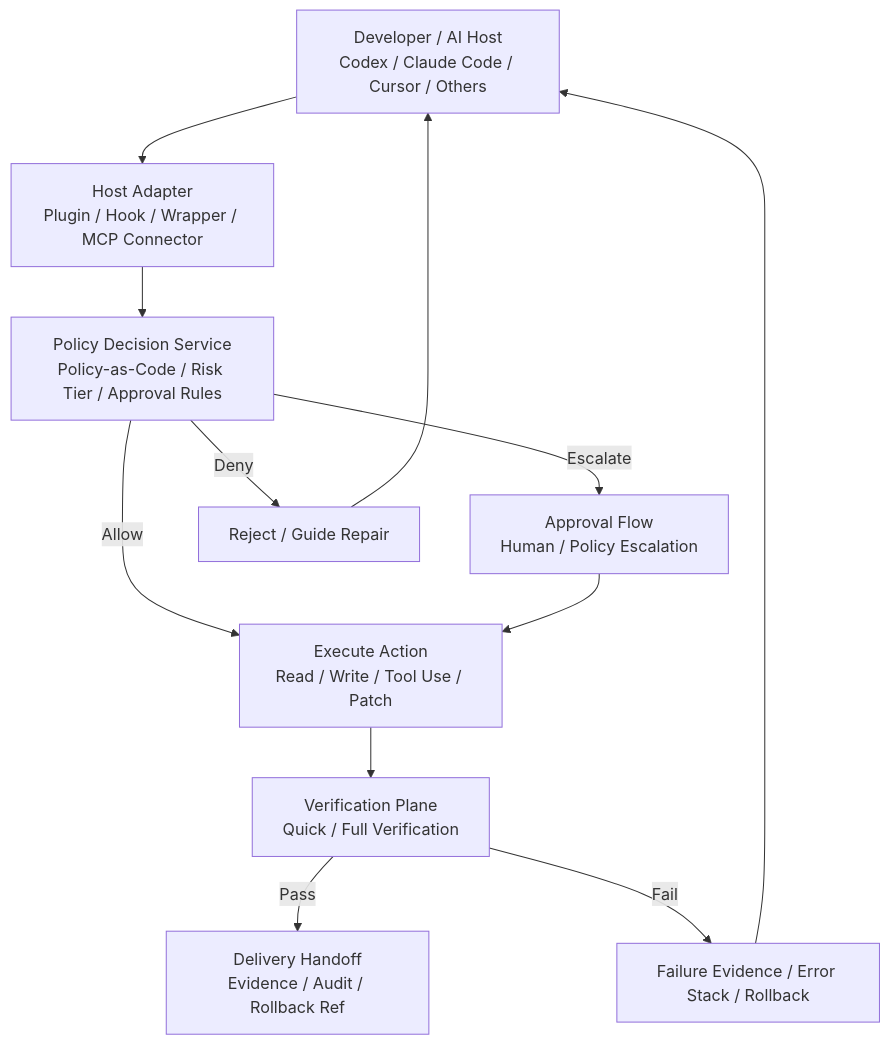
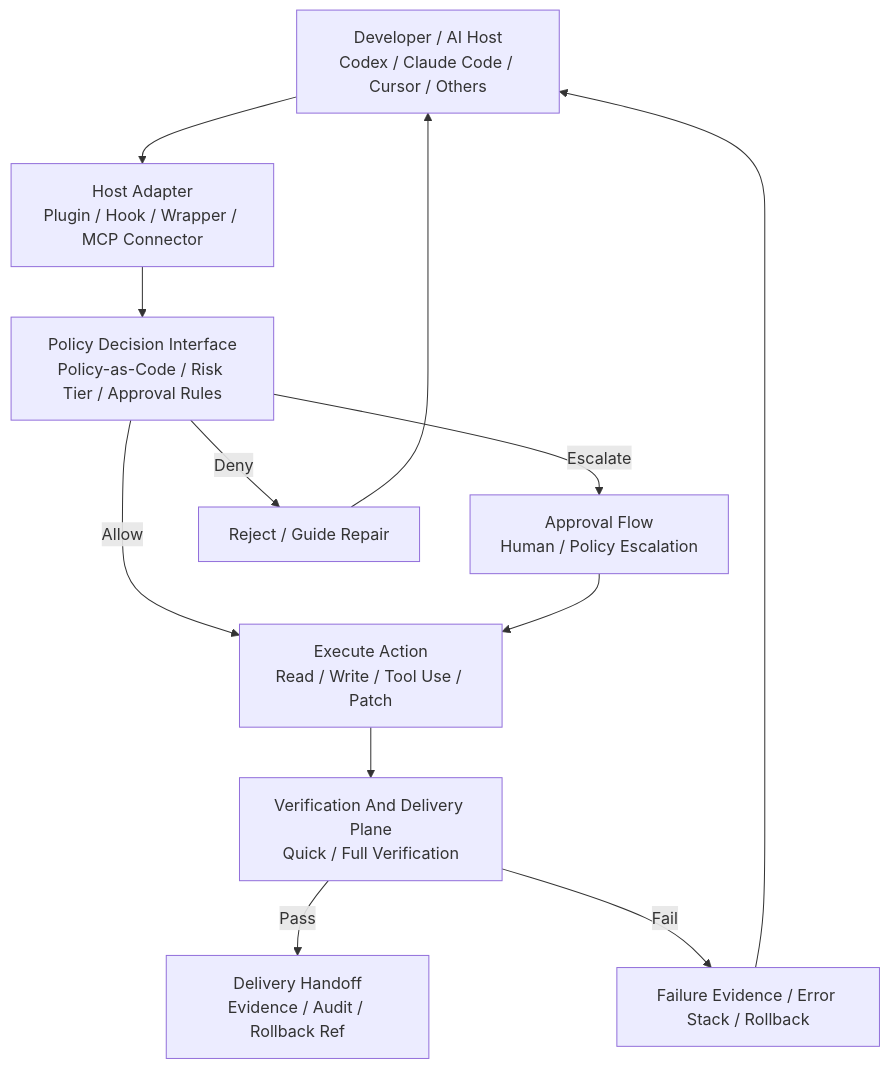
Before and after one commit to sciman-top/governed-ai-coding-runtime: the diagram in docs/product/positioning-roadmap-competitive-layers.zh-CN.md, drawn with Mermaid. The commit also changed other lines of this file and 161 other files, not shown here.

````diff
--- a/docs/product/positioning-roadmap-competitive-layers.zh-CN.md
+++ b/docs/product/positioning-roadmap-competitive-layers.zh-CN.md
@@ -183,17 +175,17 @@
 ```mermaid
 flowchart TD
     A[Developer / AI Host<br/>Codex / Claude Code / Cursor / Others] --> B[Host Adapter<br/>Plugin / Hook / Wrapper / MCP Connector]
-    B --> C[Policy Decision Service<br/>Policy-as-Code / Risk Tier / Approval Rules]
+    B --> C[Policy Decision Interface<br/>Policy-as-Code / Risk Tier / Approval Rules]
 
     C -->|Allow| D[Execute Action<br/>Read / Write / Tool Use / Patch]
     C -->|Escalate| E[Approval Flow<br/>Human / Policy Escalation]
     C -->|Deny| F[Reject / Guide Repair]
 
     E --> D
     F --> A
 
-    D --> G[Verification Plane<br/>Quick / Full Verification]
+    D --> G[Verification And Delivery Plane<br/>Quick / Full Verification]
     G -->|Pass| H[Delivery Handoff<br/>Evidence / Audit / Rollback Ref]
     G -->|Fail| I[Failure Evidence / Error Stack / Rollback]
     I --> A
 ```
````
